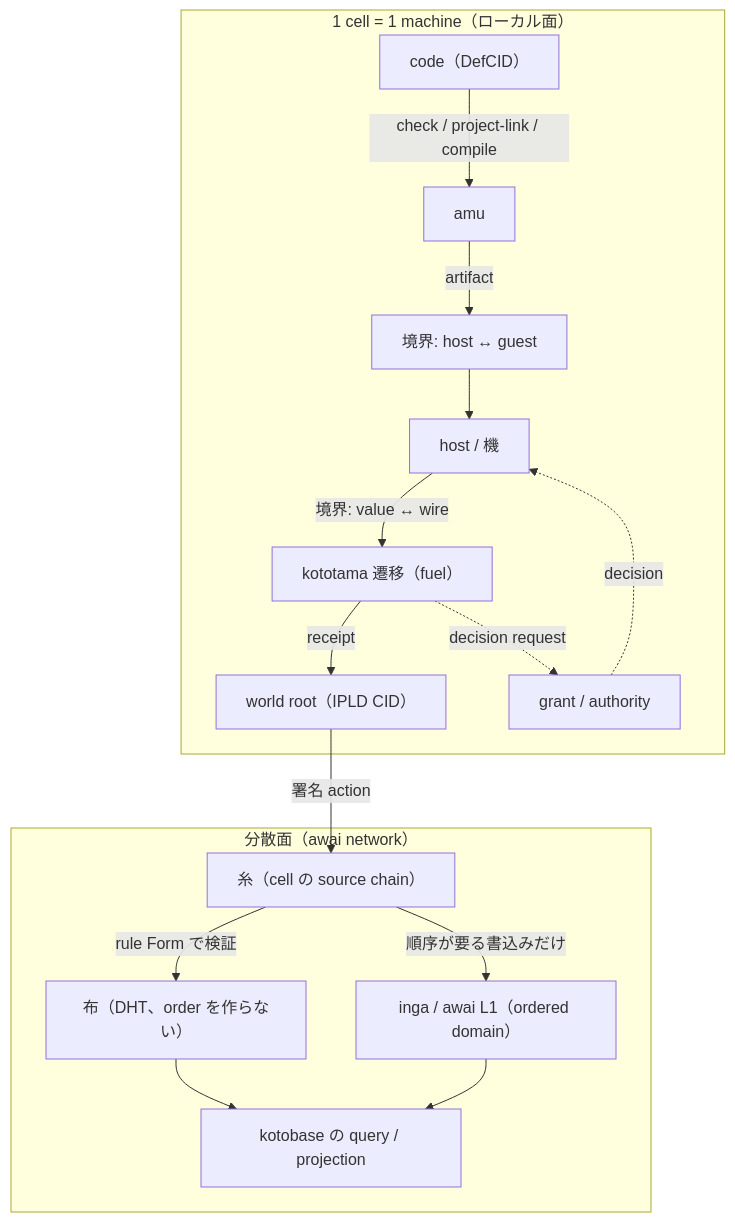
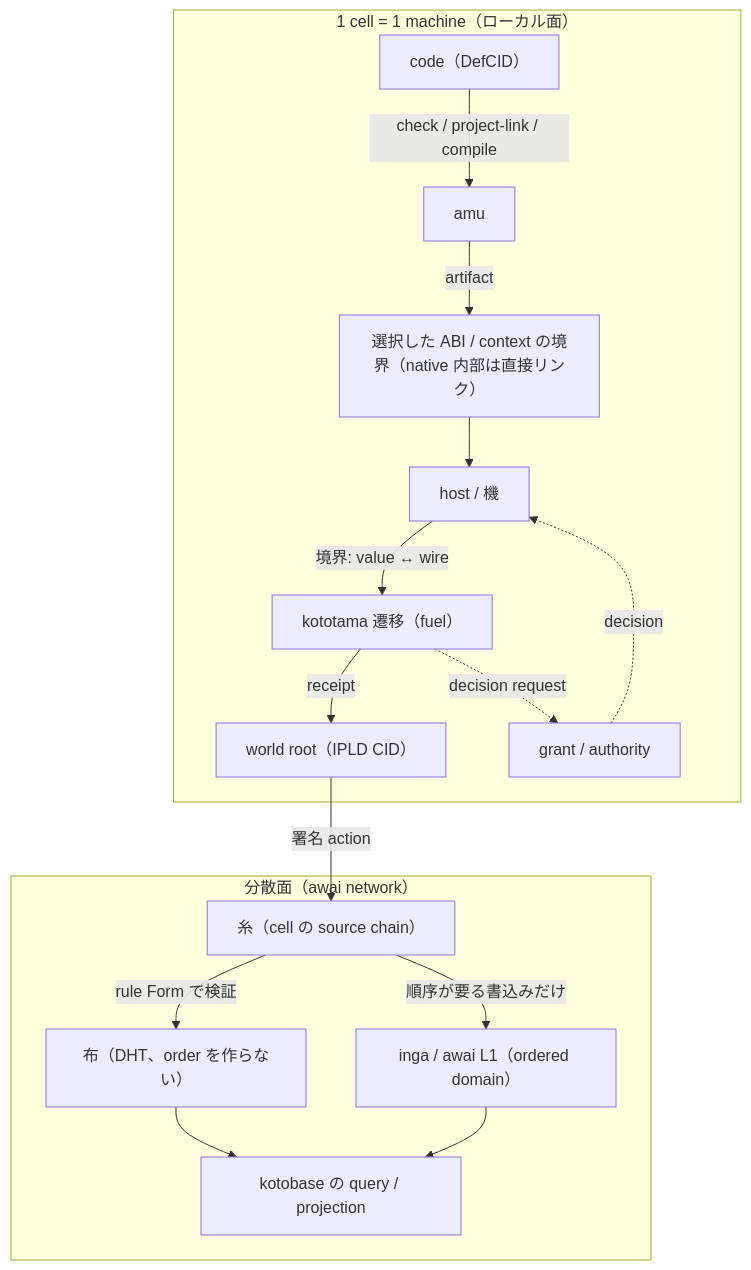
Before and after one commit to kotoba-lang/kotoba-lang: the diagram in docs/kotoba-lisp-machine-design.ja.md, drawn with Mermaid. The commit also changed other lines of this file and 4 other files, not shown here.

Commit message:
Define native execution domains without mandatory guest-host marshalling (JUN-188)

````diff
--- a/docs/kotoba-lisp-machine-design.ja.md
+++ b/docs/kotoba-lisp-machine-design.ja.md
@@ -99,19 +99,19 @@
 ```mermaid
 flowchart TB
   subgraph local["1 cell = 1 machine（ローカル面）"]
     Code["code（DefCID）"] -->|check / project-link / compile| AMU["amu"]
-    AMU -->|artifact| M1["境界: host ↔ guest"]
+    AMU -->|artifact| M1["選択した ABI / context の境界（native 内部は直接リンク）"]
     M1 --> Host["host / 機"]
     Host -->|境界: value ↔ wire| VM["kototama 遷移（fuel）"]
     VM -->|receipt| World["world root（IPLD CID）"]
     VM -.->|decision request| Grant["grant / authority"]
     Grant -.->|decision| Host
   end
   subgraph net["分散面（awai network）"]
     World -->|署名 action| Ito["糸（cell の source chain）"]
     Ito -->|rule Form で検証| Nuno["布（DHT、order を作らない）"]
     Ito -->|順序が要る書込みだけ| Inga["inga / awai L1（ordered domain）"]
     Nuno --> View["kotobase の query / projection"]
     Inga --> View
   end
 ```
````
